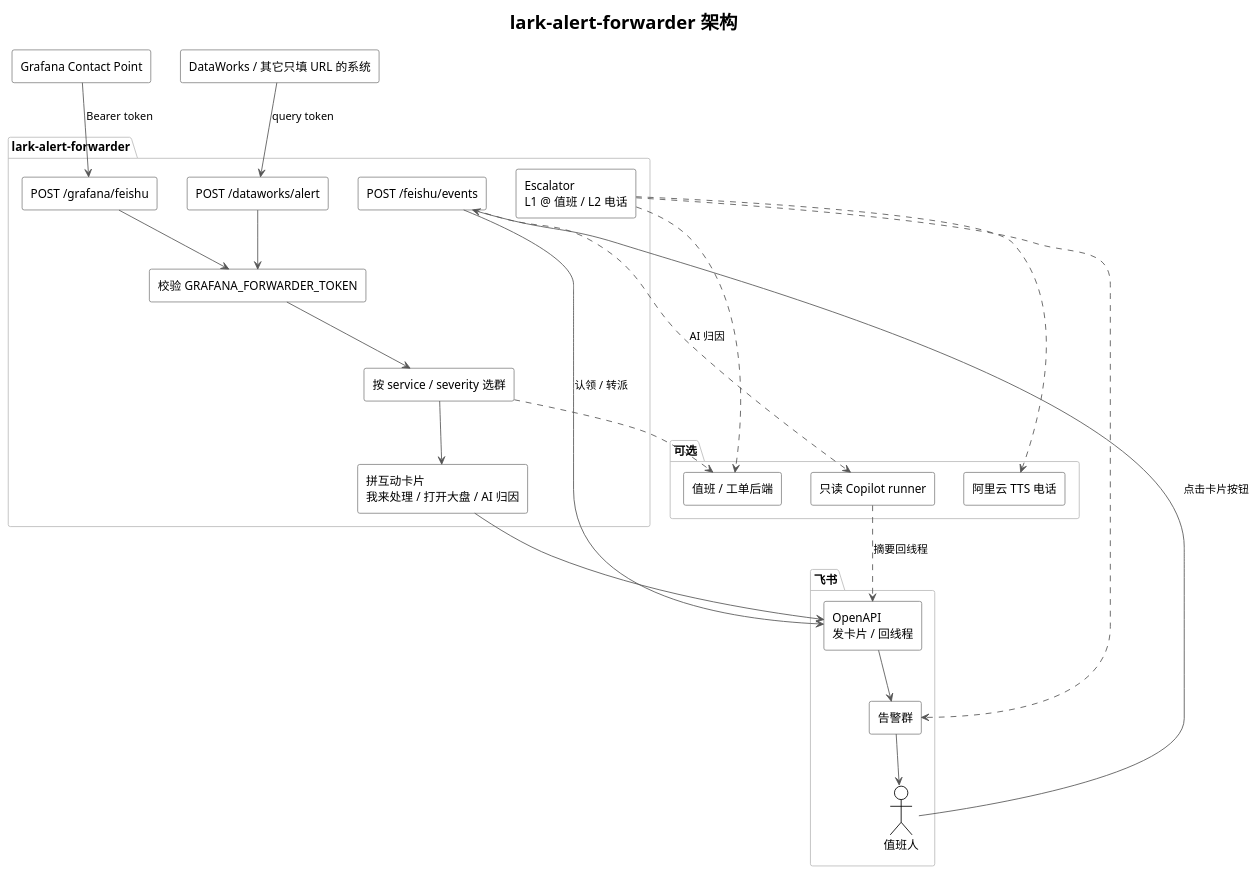
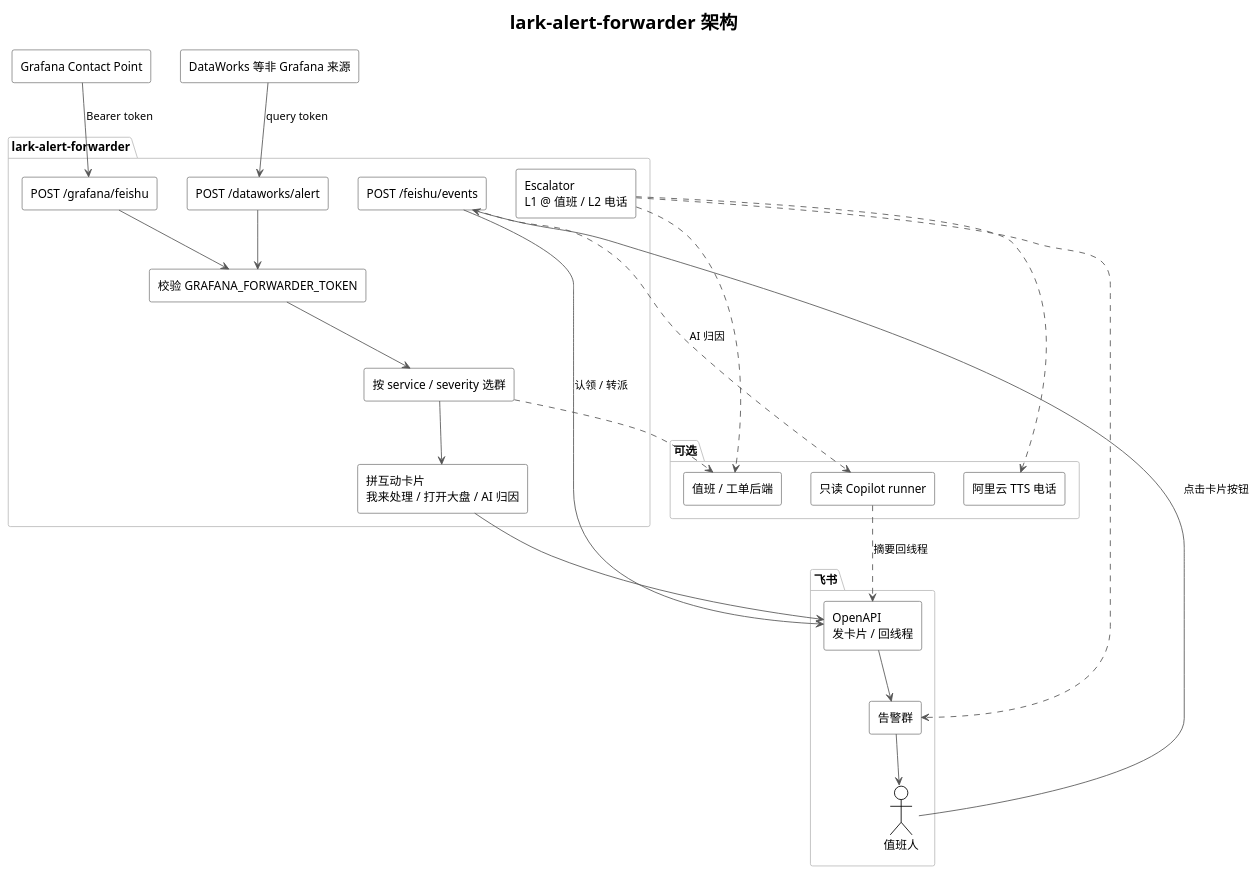
Before and after one commit to doctor-fun/lark-alert-forwarder: the diagram in docs/architecture.puml, drawn with PlantUML. The commit also changed 5 other files, not shown here.

Commit message:
Correct DataWorks: it is a payload adapter, not a no-header source.

```diff
--- a/docs/architecture.puml
+++ b/docs/architecture.puml
@@ -1,60 +1,60 @@
 @startuml architecture
 !theme plain
 skinparam backgroundColor #FFFFFF
 skinparam shadowing false
 skinparam componentStyle rectangle
 skinparam defaultFontName "PingFang SC"
 skinparam ArrowColor #555555
 skinparam RectangleBorderColor #888888
 skinparam PackageBorderColor #BBBBBB
 top to bottom direction
 
 title lark-alert-forwarder 架构
 
 together {
   rectangle "Grafana Contact Point" as Grafana
-  rectangle "DataWorks / 其它只填 URL 的系统" as DataWorks
+  rectangle "DataWorks 等非 Grafana 来源" as DataWorks
 }
 
 package "lark-alert-forwarder" {
   rectangle "POST /grafana/feishu" as IngressG
   rectangle "POST /dataworks/alert" as IngressD
   rectangle "校验 GRAFANA_FORWARDER_TOKEN" as Auth
   rectangle "按 service / severity 选群" as Route
   rectangle "拼互动卡片\n我来处理 / 打开大盘 / AI 归因" as Card
   rectangle "POST /feishu/events" as IngressE
   rectangle "Escalator\nL1 @ 值班 / L2 电话" as Esc
 }
 
 package "飞书" {
   rectangle "OpenAPI\n发卡片 / 回线程" as OpenAPI
   rectangle "告警群" as Group
   actor "值班人" as User
 }
 
 package "可选" {
   rectangle "值班 / 工单后端" as Backend
   rectangle "只读 Copilot runner" as Runner
   rectangle "阿里云 TTS 电话" as Voice
 }
 
 Grafana --> IngressG : Bearer token
 DataWorks --> IngressD : query token
 IngressG --> Auth
 IngressD --> Auth
 Auth --> Route
 Route --> Card
 Card --> OpenAPI
 OpenAPI --> Group
 Route ..> Backend
 
 Group --> User
 User --> IngressE : 点击卡片按钮
 IngressE --> OpenAPI : 认领 / 转派
 IngressE ..> Runner : AI 归因
 Runner ..> OpenAPI : 摘要回线程
 
 Esc ..> Backend
 Esc ..> Group
 Esc ..> Voice
 @enduml
```
